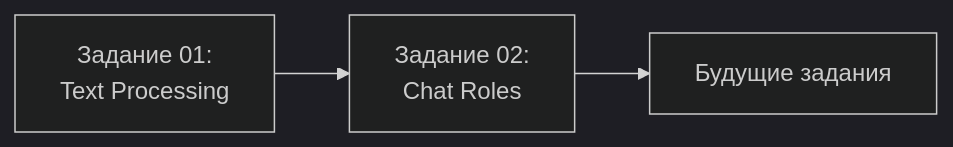
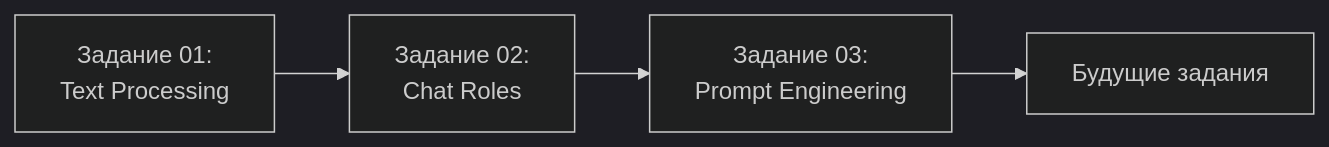
The diagram in Exercises/README.md (artipy/ai_knowledge_db_and_projects), drawn with Mermaid (dark theme) before and after one commit. The commit also changed other lines of this file and 7 other files, not shown here.

First line of the commit message:
feat: Add Prompt Engineering knowledge note and exercise #03

````diff
--- a/Exercises/README.md
+++ b/Exercises/README.md
@@ -86,5 +107,6 @@
 ```mermaid
 graph LR
     A[Задание 01:<br/>Text Processing] --> B[Задание 02:<br/>Chat Roles]
-    B --> C[Будущие задания]
+    B --> C[Задание 03:<br/>Prompt Engineering]
+    C --> D[Будущие задания]
 ```
````
